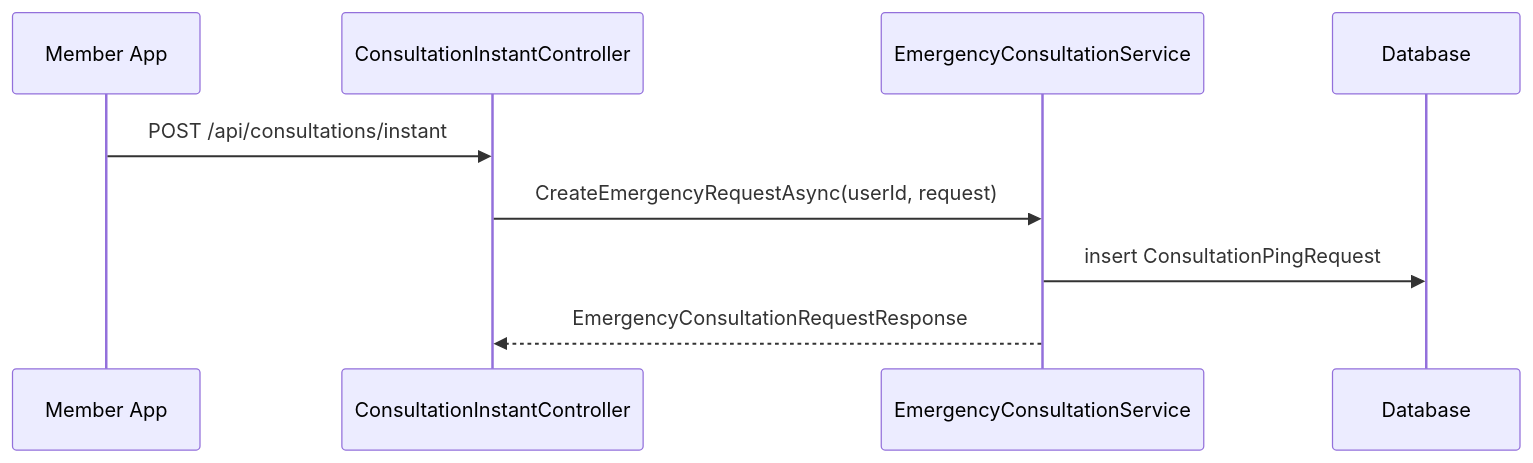
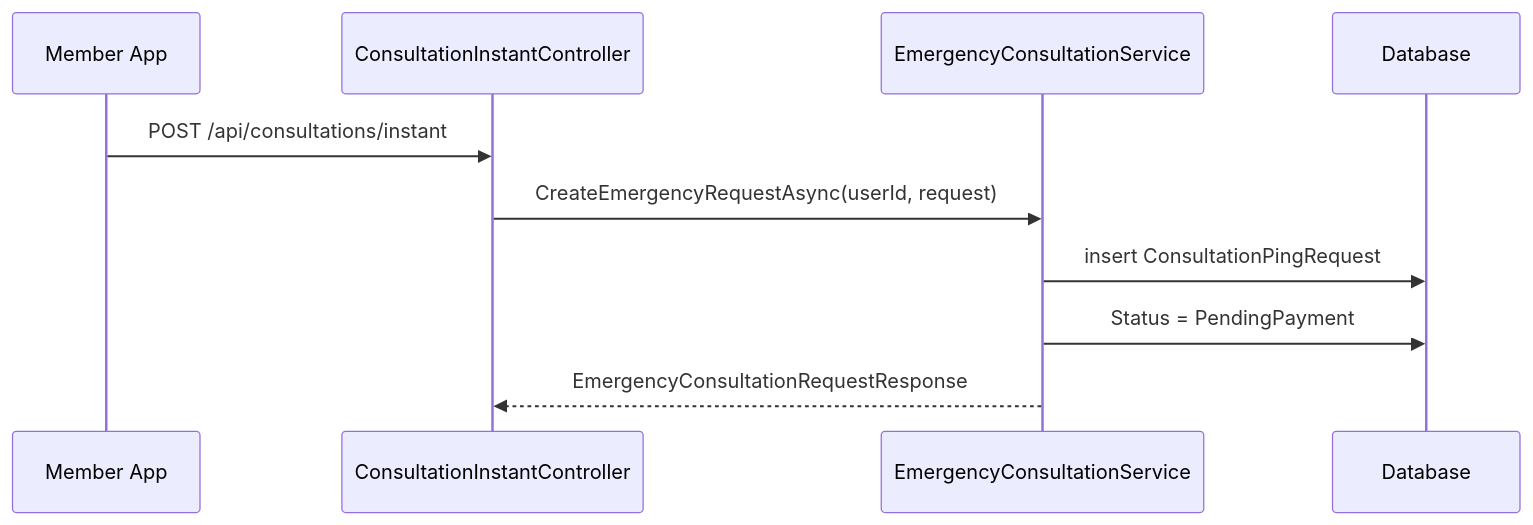
One commit to Snake-AID/SnakeAid.Docs changed the first of 5 diagrams in Docs/05-Backend/02-layers/consultation-instant-booking-cancel/consultation-instant-booking-cancel.sourcecode.md. Above: the diagram before and after it, drawn with Mermaid. The commit also changed other lines of this file and 4 other files, not shown here.

````diff
--- a/Docs/05-Backend/02-layers/consultation-instant-booking-cancel/consultation-instant-booking-cancel.sourcecode.md
+++ b/Docs/05-Backend/02-layers/consultation-instant-booking-cancel/consultation-instant-booking-cancel.sourcecode.md
@@ -40,12 +48,13 @@
 ```mermaid
 sequenceDiagram
     participant User as Member App
     participant Api as ConsultationInstantController
     participant Service as EmergencyConsultationService
     participant DB as Database
 
     User->>Api: POST /api/consultations/instant
     Api->>Service: CreateEmergencyRequestAsync(userId, request)
     Service->>DB: insert ConsultationPingRequest
+    Service->>DB: Status = PendingPayment
     Service-->>Api: EmergencyConsultationRequestResponse
 ```
````
